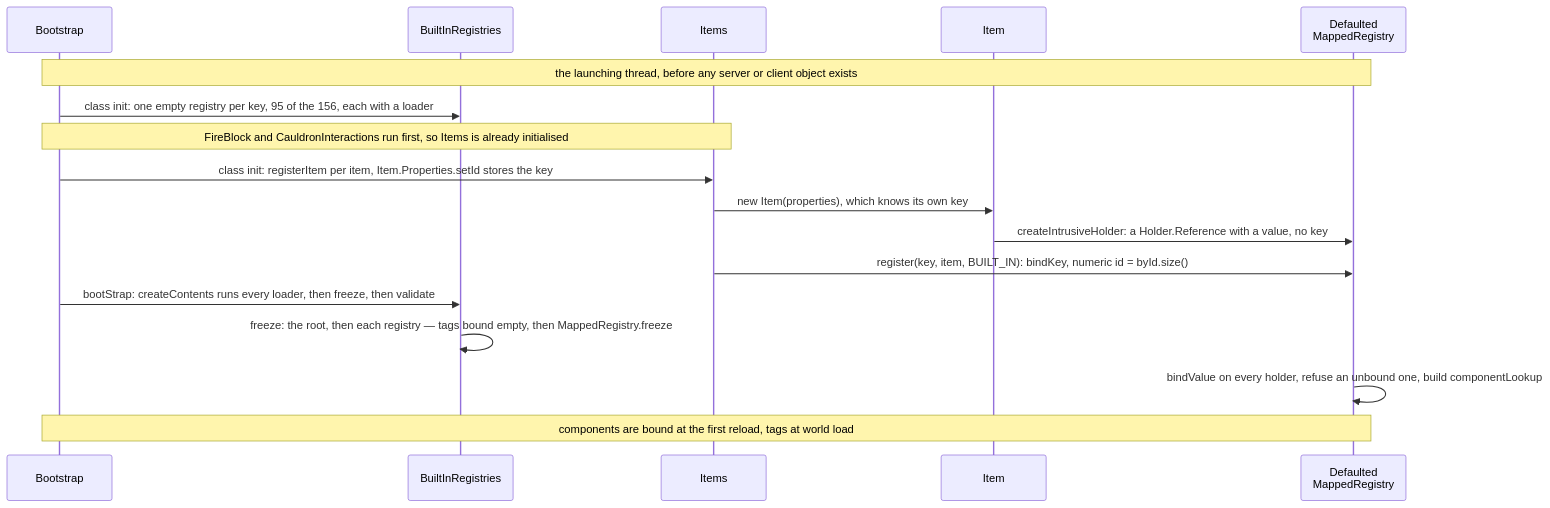
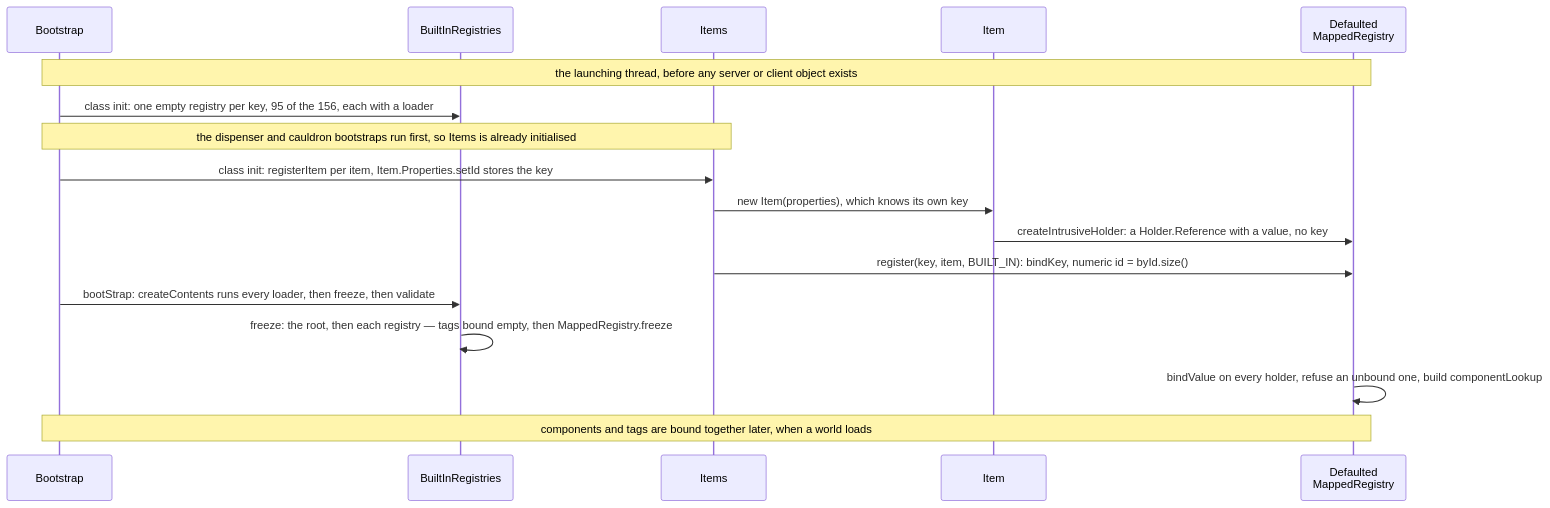
Before and after one commit to AlexanderjFraser/MinecraftDocs: the first of 3 diagrams in src/systems/foundations/identifiers-and-registries.md, drawn with Mermaid. The commit also changed other lines of this file and 31 other files, not shown here.

````diff
--- a/src/systems/foundations/identifiers-and-registries.md
+++ b/src/systems/foundations/identifiers-and-registries.md
@@ -137,20 +140,20 @@
 ```mermaid
 sequenceDiagram
     participant Boot as Bootstrap
     participant BIR as BuiltInRegistries
     participant Items as Items
     participant Item as Item
     participant DMR as Defaulted<br/>MappedRegistry
 
     Note over Boot,DMR: the launching thread, before any server or client object exists
     Boot->>BIR: class init: one empty registry per key, 95 of the 156, each with a loader
-    Note over Boot,Items: FireBlock and CauldronInteractions run first, so Items is already initialised
+    Note over Boot,Items: the dispenser and cauldron bootstraps run first, so Items is already initialised
     Boot->>Items: class init: registerItem per item, Item.Properties.setId stores the key
     Items->>Item: new Item(properties), which knows its own key
     Item->>DMR: createIntrusiveHolder: a Holder.Reference with a value, no key
     Items->>DMR: register(key, item, BUILT_IN): bindKey, numeric id = byId.size()
     Boot->>BIR: bootStrap: createContents runs every loader, then freeze, then validate
     BIR->>BIR: freeze: the root, then each registry — tags bound empty, then MappedRegistry.freeze
     DMR->>DMR: bindValue on every holder, refuse an unbound one, build componentLookup
-    Note over Boot,DMR: components are bound at the first reload, tags at world load
+    Note over Boot,DMR: components and tags are bound together later, when a world loads
 ```
````
